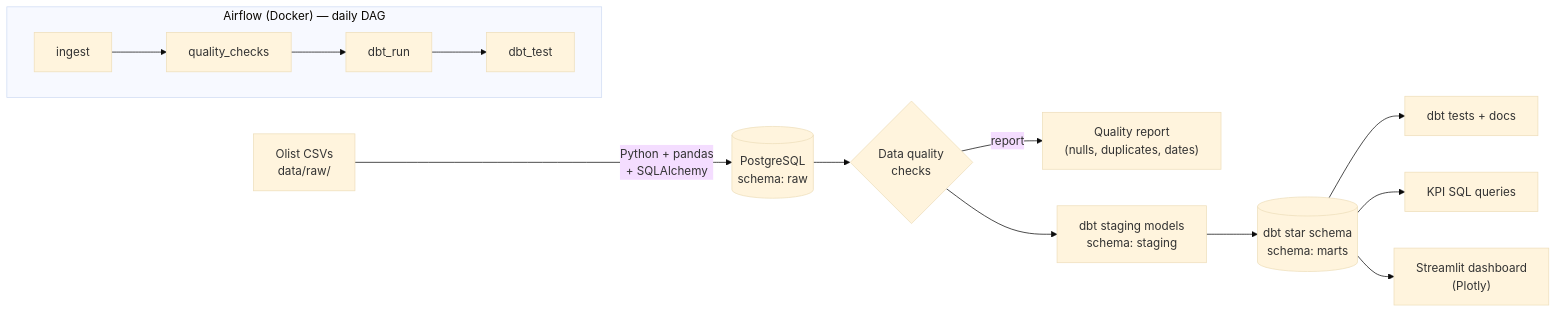
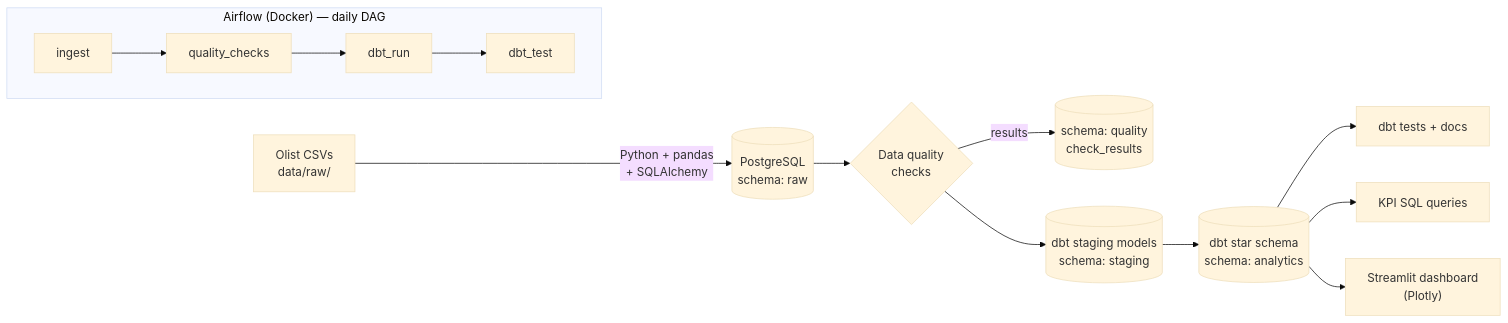
The first of 2 diagrams in docs/technical_design.md (Yokesh0404/sales-analytics-pipeline), drawn with Mermaid (base theme) before and after one commit. The commit also changed other lines of this file and 24 other files, not shown here.

Commit message:
Stage 4: dbt staging and star schema marts

````diff
--- a/docs/technical_design.md
+++ b/docs/technical_design.md
@@ -49,16 +49,16 @@
 ```mermaid
 flowchart LR
     A["Olist CSVs<br/>data/raw/"] -->|"Python + pandas<br/>+ SQLAlchemy"| B[("PostgreSQL<br/>schema: raw")]
     B --> C{"Data quality<br/>checks"}
-    C -->|report| R["Quality report<br/>(nulls, duplicates, dates)"]
-    C --> D["dbt staging models<br/>schema: staging"]
-    D --> E[("dbt star schema<br/>schema: marts")]
+    C -->|results| R[("schema: quality<br/>check_results")]
+    C --> D[("dbt staging models<br/>schema: staging")]
+    D --> E[("dbt star schema<br/>schema: analytics")]
     E --> F["dbt tests + docs"]
     E --> G["KPI SQL queries"]
     E --> H["Streamlit dashboard<br/>(Plotly)"]
 
     subgraph Airflow["Airflow (Docker) — daily DAG"]
         direction LR
         T1[ingest] --> T2[quality_checks] --> T3[dbt_run] --> T4[dbt_test]
     end
 ```
````
